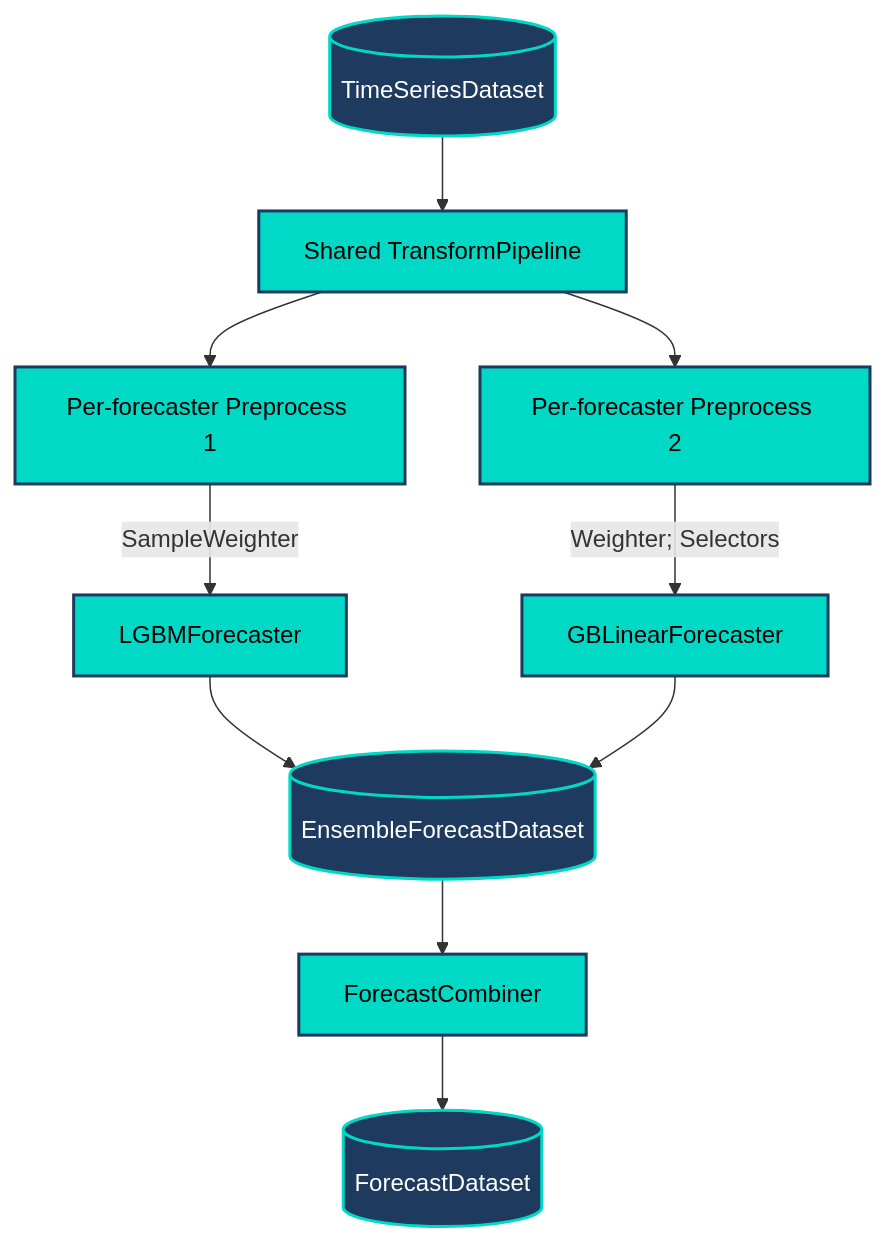
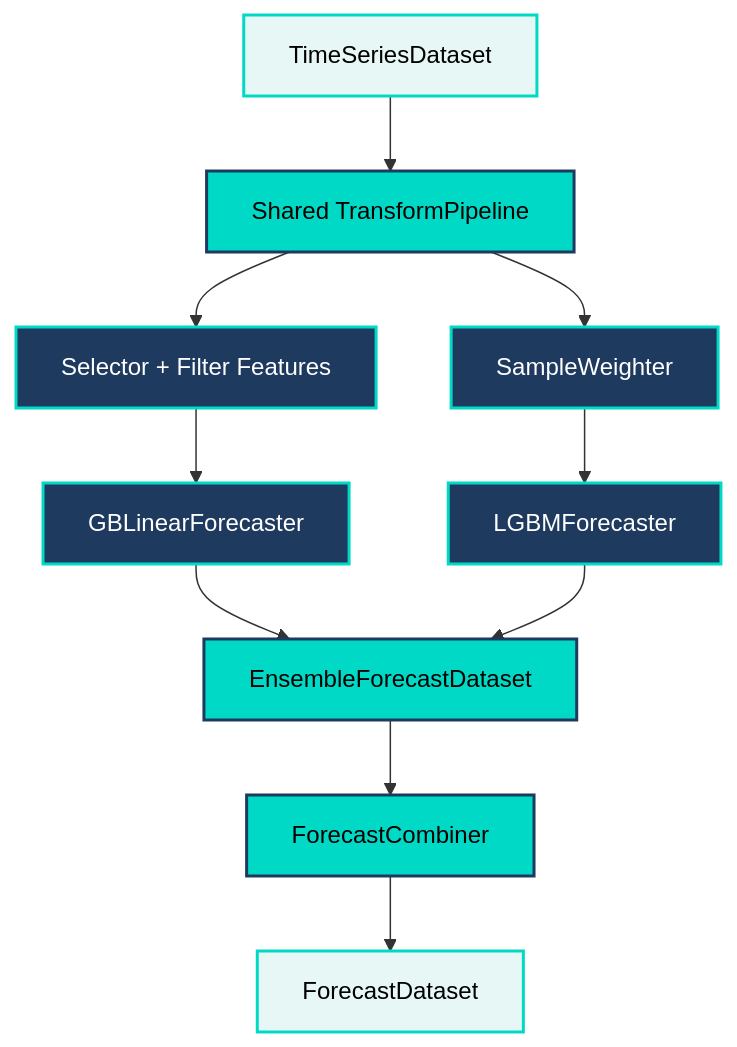
The diagram in docs/source/diagrams/user_guide/concepts/metalearning_diagram_1.mmd (OpenSTEF/openstef), drawn with Mermaid before and after one commit. The commit also changed 7 other files, not shown here.

Commit message:
docs: add generated Mermaid diagrams for release release/v4.0.0

```diff
--- a/docs/source/diagrams/user_guide/concepts/metalearning_diagram_1.mmd
+++ b/docs/source/diagrams/user_guide/concepts/metalearning_diagram_1.mmd
@@ -1,15 +1,19 @@
 graph TD
-    A[(TimeSeriesDataset)] --> B[Shared TransformPipeline]
-    B --> C[Per-forecaster Preprocess 1]
-    B --> D[Per-forecaster Preprocess 2]
-    C -->|SampleWeighter| E[LGBMForecaster]
-    D -->|Weighter; Selectors| F[GBLinearForecaster]
-    E --> G[(EnsembleForecastDataset)]
+    A[TimeSeriesDataset] --> B[Shared TransformPipeline]
+    B --> C[Selector + Filter Features]
+    B --> D[SampleWeighter]
+    C --> E[GBLinearForecaster]
+    D --> F[LGBMForecaster]
+    E --> G[EnsembleForecastDataset]
     F --> G
     G --> H[ForecastCombiner]
-    H --> I[(ForecastDataset)]
+    H --> I[ForecastDataset]
+
     classDef primary fill:#00D9C5,stroke:#1E3A5F,stroke-width:2px,color:#000
     classDef secondary fill:#1E3A5F,stroke:#00D9C5,stroke-width:2px,color:#fff
     classDef accent fill:#e6f7f5,stroke:#00D9C5,stroke-width:2px,color:#000
-    class B,C,D,E,F,H primary
-    class A,G,I secondary
+
+    class A,I accent
+    class B,H primary
+    class C,D,E,F secondary
+    class G primary
```
